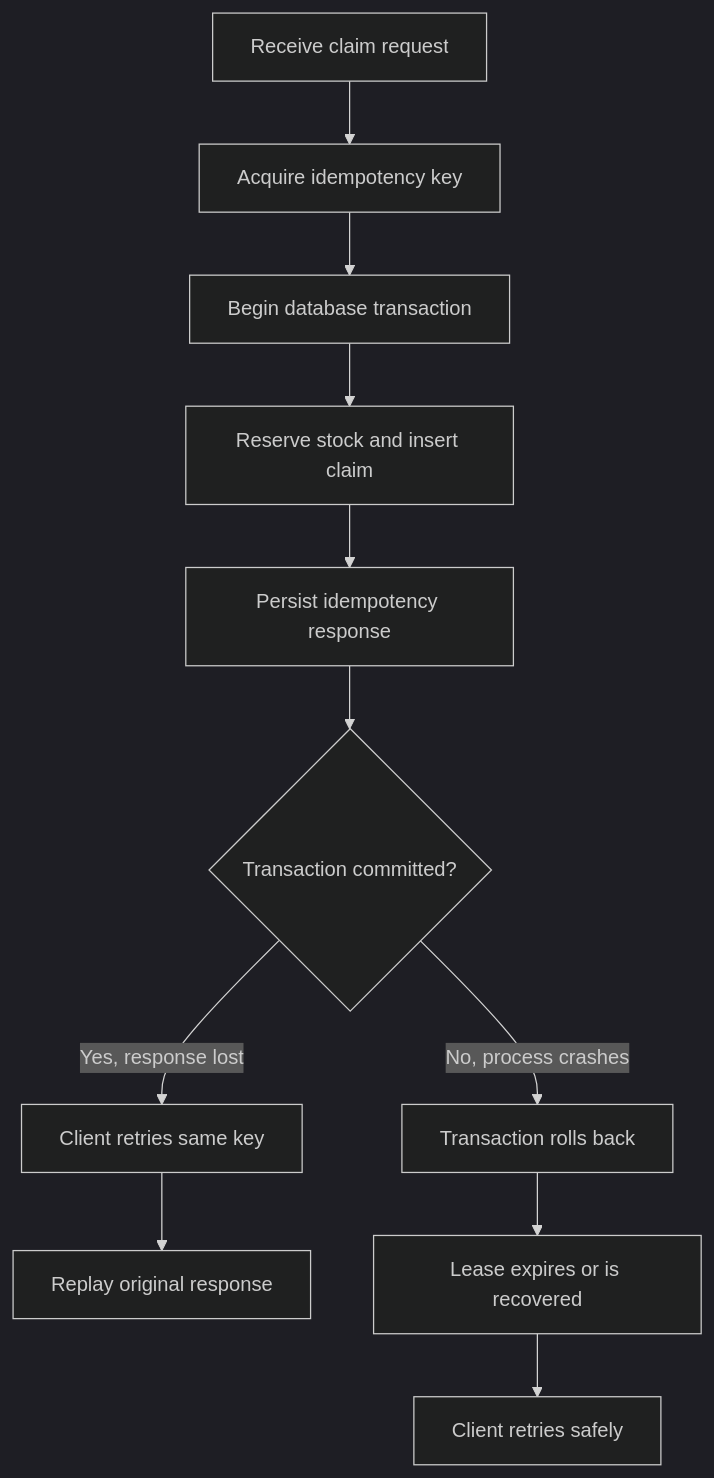
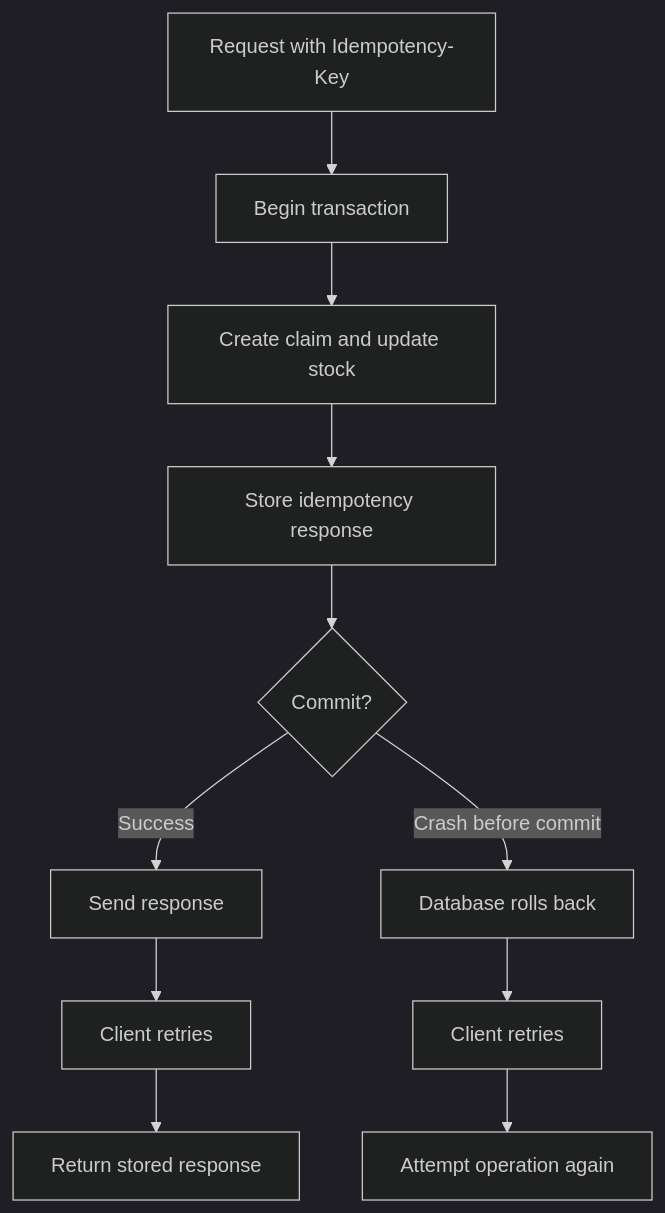
The second of 3 diagrams in DESIGN.md (komallsingh/flash-deal), drawn with Mermaid (dark theme) before and after one commit. The commit also changed other lines of this file, not shown here.

````diff
--- a/DESIGN.md
+++ b/DESIGN.md
@@ -61,13 +61,13 @@
 ```mermaid
 flowchart TD
-    A[Receive claim request] --> B[Acquire idempotency key]
-    B --> C[Begin database transaction]
-    C --> D[Reserve stock and insert claim]
-    D --> E[Persist idempotency response]
-    E --> F{Transaction committed?}
-    F -->|Yes, response lost| G[Client retries same key]
-    G --> H[Replay original response]
-    F -->|No, process crashes| I[Transaction rolls back]
-    I --> J[Lease expires or is recovered]
-    J --> K[Client retries safely]
+    A[Request with Idempotency-Key] --> B[Begin transaction]
+    B --> C[Create claim and update stock]
+    C --> D[Store idempotency response]
+    D --> E{Commit?}
+    E -->|Success| F[Send response]
+    F --> G[Client retries]
+    G --> H[Return stored response]
+    E -->|Crash before commit| I[Database rolls back]
+    I --> J[Client retries]
+    J --> K[Attempt operation again]
 ```
````
